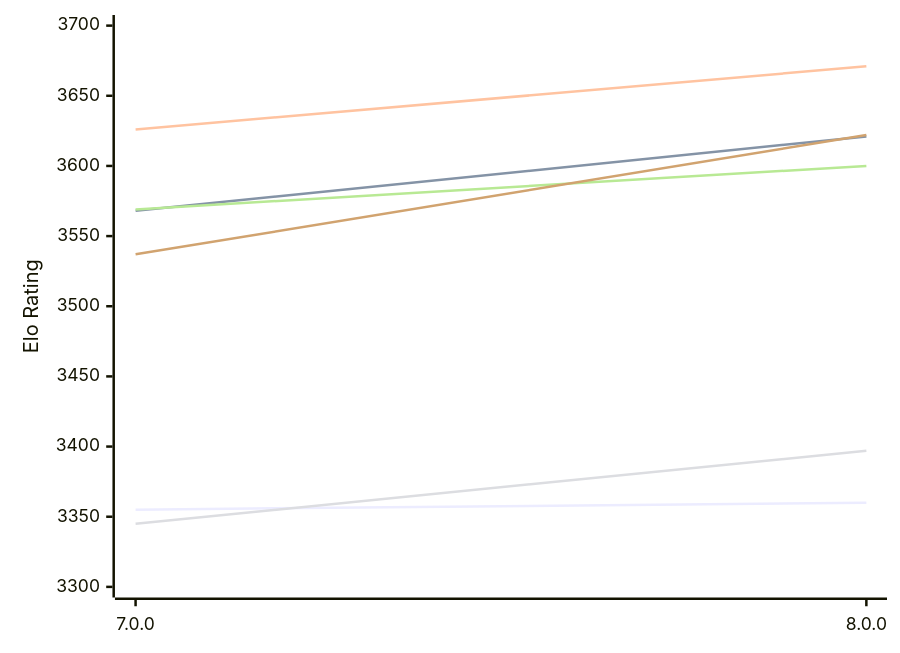
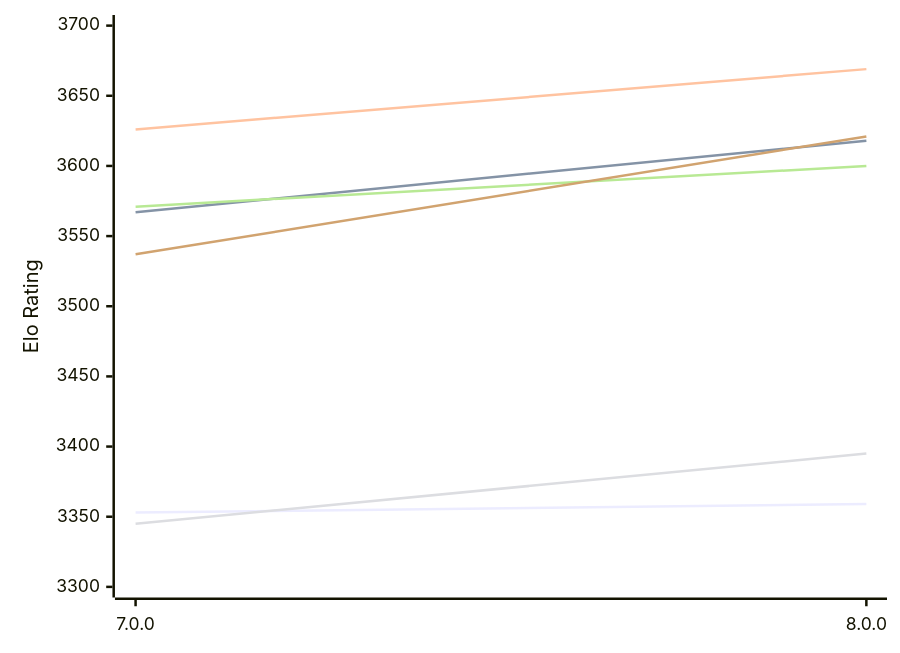
The first of 2 diagrams in engines/Stormphrax.md (computer-chess-index/cci), drawn with Mermaid before and after one commit. The commit also changed other lines of this file, not shown here.

Commit message:
Update CCI Ratings (ELO VLTC) - 2026-11-27

````diff
--- a/engines/Stormphrax.md
+++ b/engines/Stormphrax.md
@@ -52,12 +52,12 @@
 ```mermaid
 %%{init: {"theme":"base","themeVariables":{"seriesColors:['#a3a3a3','#222221','#faa371']}}}%%
 xychart-beta
   x-axis ["7.0.0", "8.0.0"]
   y-axis "Elo Rating" 3300 --> 3700
-  line "E1: STC (8.0+0.08s)" [3355, 3360]
-  line "E1: LTC (60.0+0.60s)" [3568, 3621]
-  line "E1: VLTC (2m24s+1.12s)" [3626, 3671]
-  line "P1: STC (8.0+0.08s)" [3345, 3397]
-  line "P1: LTC (60.0+0.60s)" [3569, 3600]
-  line "P1: VLTC (2m24s+1.12s)" [3537, 3622]
+  line "E1: STC (8.0+0.08s)" [3353, 3359]
+  line "E1: LTC (60.0+0.60s)" [3567, 3618]
+  line "E1: VLTC (2m24s+1.12s)" [3626, 3669]
+  line "P1: STC (8.0+0.08s)" [3345, 3395]
+  line "P1: LTC (60.0+0.60s)" [3571, 3600]
+  line "P1: VLTC (2m24s+1.12s)" [3537, 3621]
 ```
````
